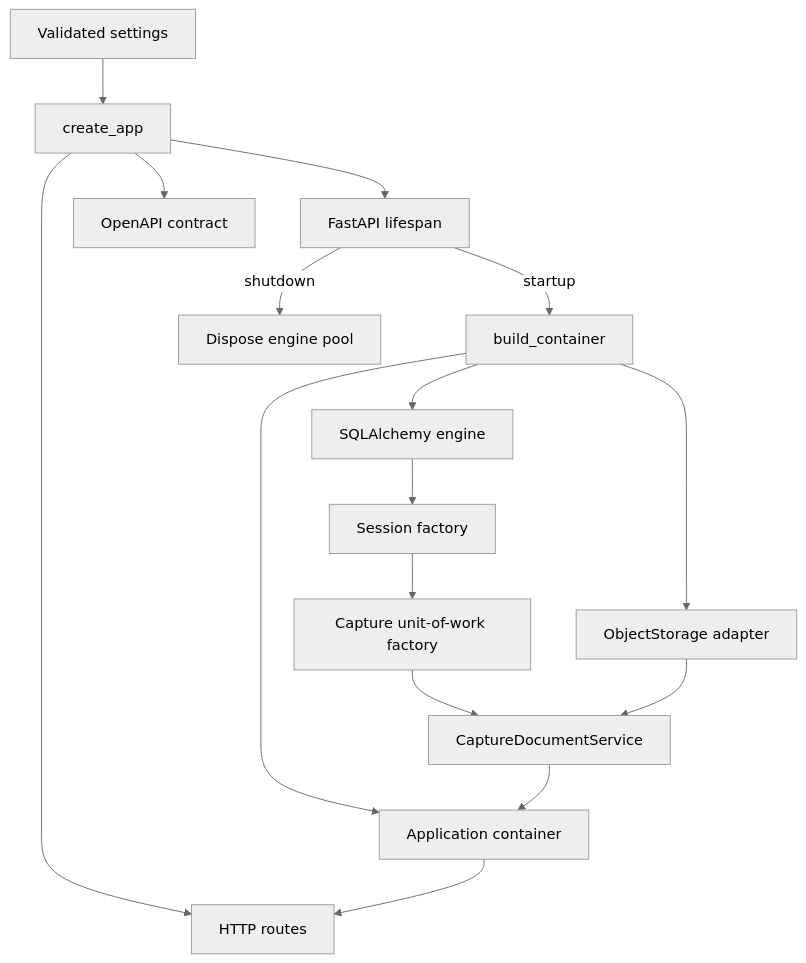
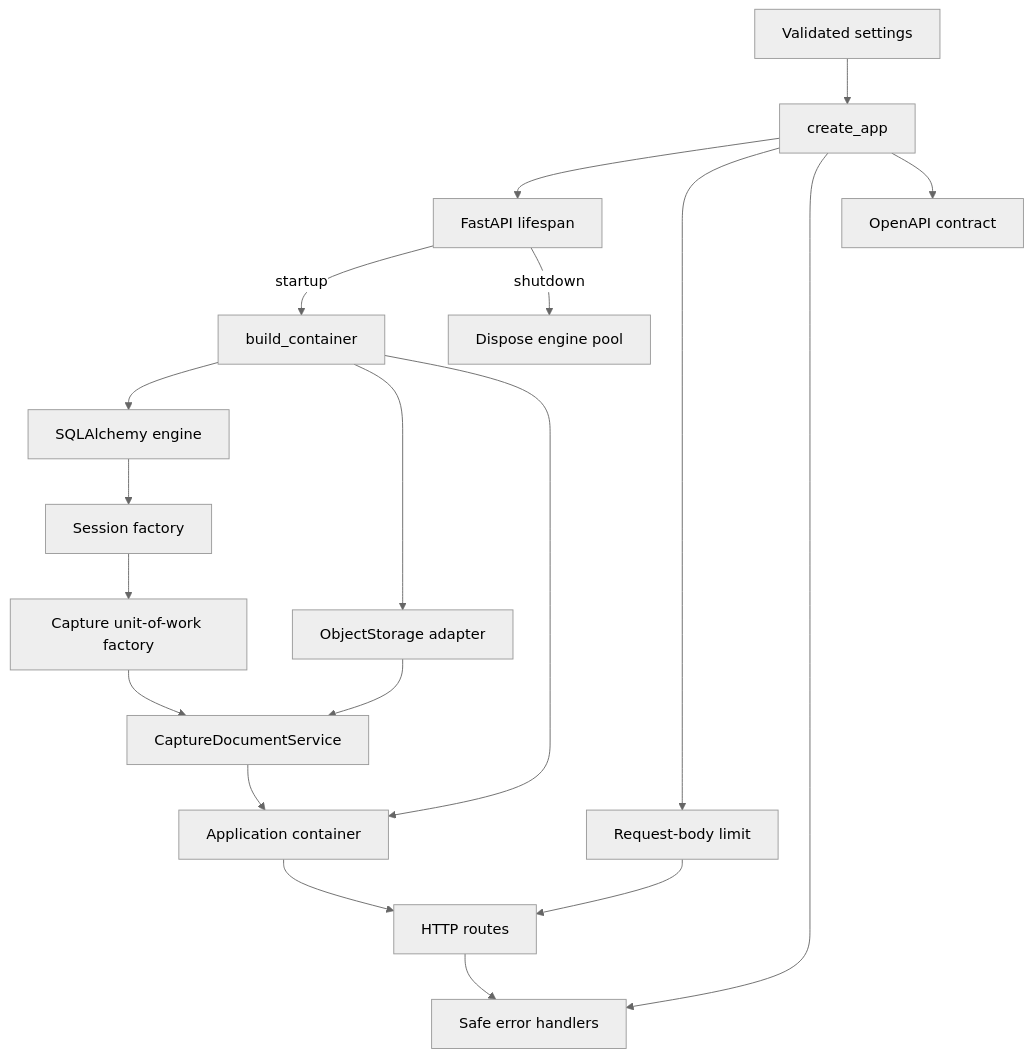
Before and after one commit to rnkraus/investment-research: the diagram in backend/src/investment_research/README.md, drawn with Mermaid (neutral theme). The commit also changed other lines of this file and 18 other files, not shown here.

````diff
--- a/backend/src/investment_research/README.md
+++ b/backend/src/investment_research/README.md
@@ -18,18 +18,21 @@
 ```mermaid
 flowchart TD
     SETTINGS[Validated settings] --> MAIN[create_app]
     MAIN --> LIFE[FastAPI lifespan]
     LIFE -->|startup| BOOT[build_container]
     BOOT --> ENGINE[SQLAlchemy engine]
     ENGINE --> SESSIONS[Session factory]
     SESSIONS --> UOW[Capture unit-of-work factory]
     BOOT --> STORAGE[ObjectStorage adapter]
     UOW --> CAPTURE[CaptureDocumentService]
     STORAGE --> CAPTURE
     BOOT --> STATE[Application container]
     CAPTURE --> STATE
-    MAIN --> ROUTES[HTTP routes]
+    MAIN --> LIMIT[Request-body limit]
+    LIMIT --> ROUTES[HTTP routes]
+    MAIN --> ERRORS[Safe error handlers]
     MAIN --> OPENAPI[OpenAPI contract]
     STATE --> ROUTES
+    ROUTES --> ERRORS
     LIFE -->|shutdown| CLOSE[Dispose engine pool]
 ```
````
